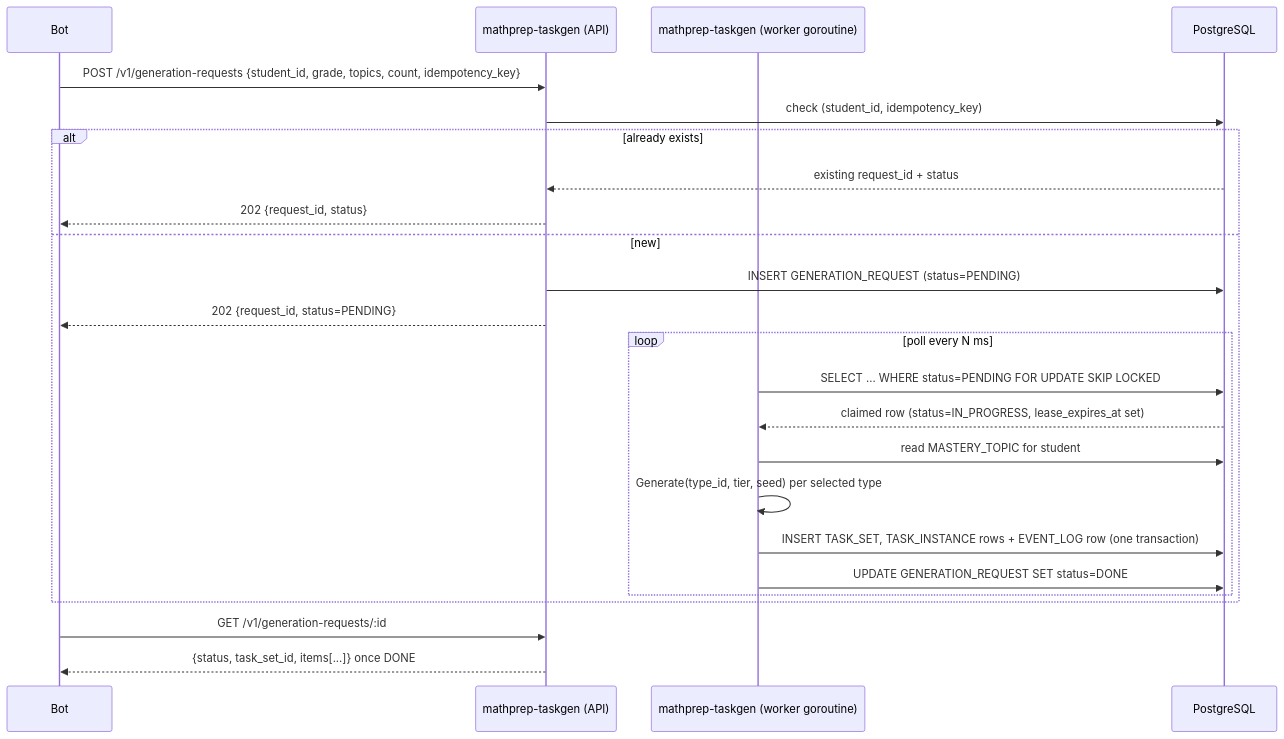
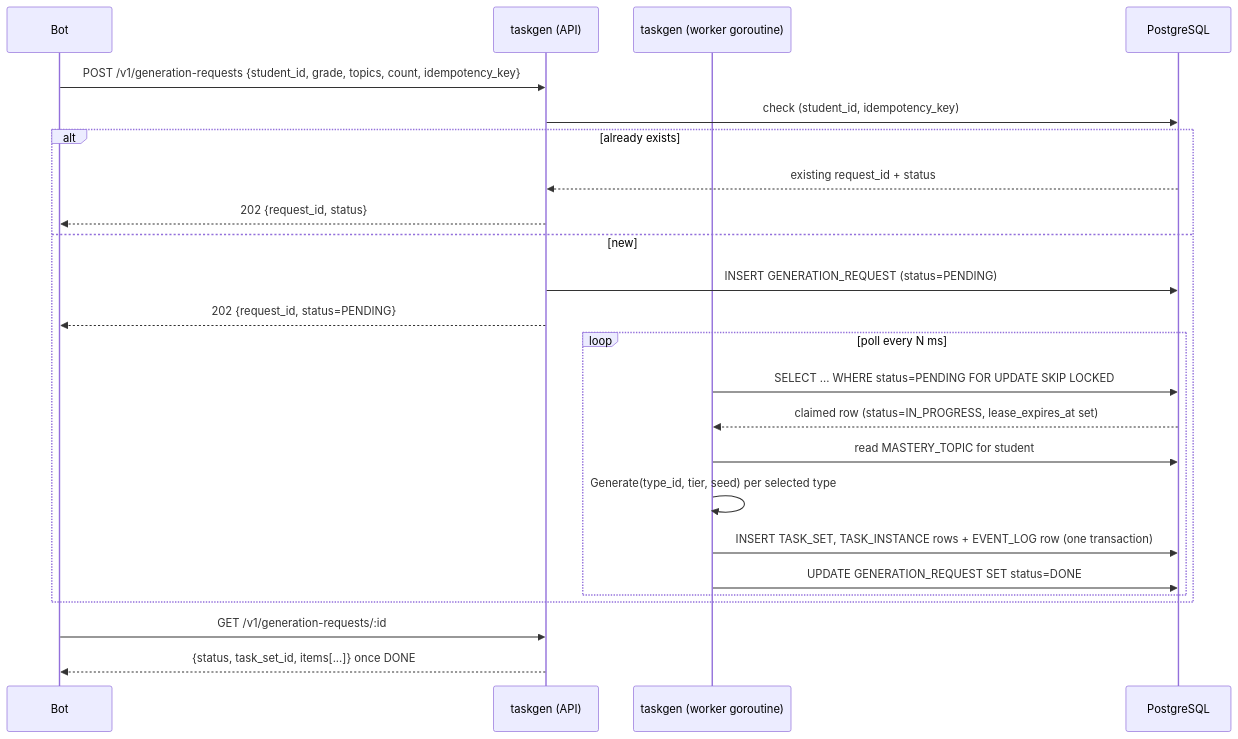
One commit to berdsa/mathprep_schema changed the second of 4 diagrams in docs/srd/03-architecture.md. Above: the diagram before and after it, drawn with Mermaid. The commit also changed other lines of this file and 75 other files, not shown here.

Commit message:
commiting updated docs, and graphify files

````diff
--- a/docs/srd/03-architecture.md
+++ b/docs/srd/03-architecture.md
@@ -23,27 +23,27 @@
 ```mermaid
 sequenceDiagram
     participant Bot
-    participant TG as mathprep-taskgen (API)
-    participant W as mathprep-taskgen (worker goroutine)
+    participant TG as taskgen (API)
+    participant W as taskgen (worker goroutine)
     participant DB as PostgreSQL
 
     Bot->>TG: POST /v1/generation-requests {student_id, grade, topics, count, idempotency_key}
     TG->>DB: check (student_id, idempotency_key)
     alt already exists
         DB-->>TG: existing request_id + status
         TG-->>Bot: 202 {request_id, status}
     else new
         TG->>DB: INSERT GENERATION_REQUEST (status=PENDING)
         TG-->>Bot: 202 {request_id, status=PENDING}
         loop poll every N ms
             W->>DB: SELECT ... WHERE status=PENDING FOR UPDATE SKIP LOCKED
             DB-->>W: claimed row (status=IN_PROGRESS, lease_expires_at set)
             W->>DB: read MASTERY_TOPIC for student
             W->>W: Generate(type_id, tier, seed) per selected type
             W->>DB: INSERT TASK_SET, TASK_INSTANCE rows + EVENT_LOG row (one transaction)
             W->>DB: UPDATE GENERATION_REQUEST SET status=DONE
         end
     end
     Bot->>TG: GET /v1/generation-requests/:id
     TG-->>Bot: {status, task_set_id, items[...]} once DONE
 ```
````
